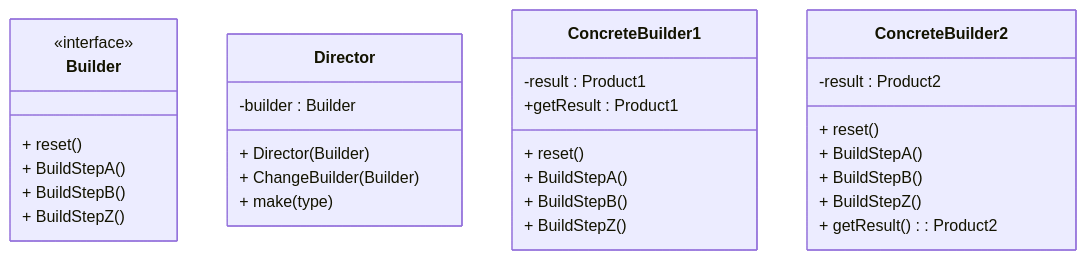
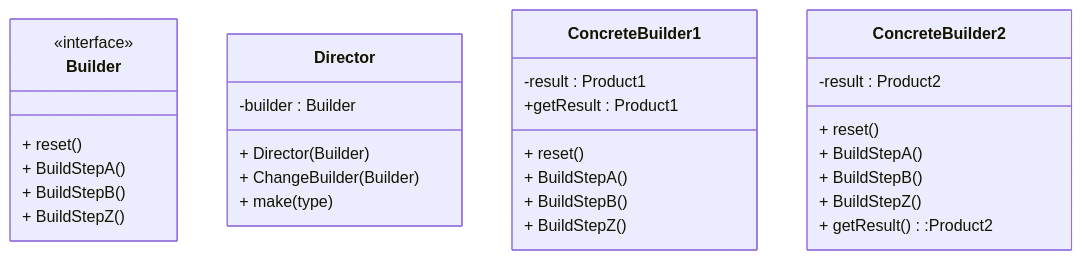
One commit to kirolossedra/Creational-Design-Patterns changed the diagram in Builder/README.md. Above: the diagram before and after it, drawn with Mermaid.

````diff
--- a/Builder/README.md
+++ b/Builder/README.md
@@ -2,39 +2,39 @@
 ```mermaid
 classDiagram
 
 class Builder{
 <<interface>> 
     + reset()
     + BuildStepA()
     + BuildStepB()
     + BuildStepZ()
 }
 
 class Director{
 -builder : Builder
 + Director(Builder)
 + ChangeBuilder(Builder)
 + make(type)
 }
 
 class ConcreteBuilder1{
 -result : Product1
 + reset()
 + BuildStepA()
 + BuildStepB()
 + BuildStepZ()
 +getResult : Product1
 
 }
 
 class ConcreteBuilder2{
 -result : Product2
 + reset()
 + BuildStepA()
 + BuildStepB()
 + BuildStepZ()
-+ getResult() : Product2
++ getResult():Product2
 
 }
 
 ```
````
